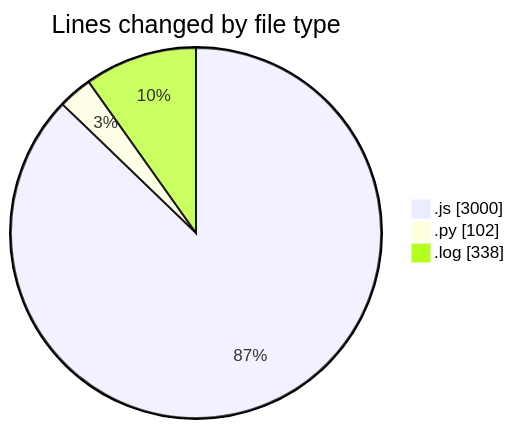
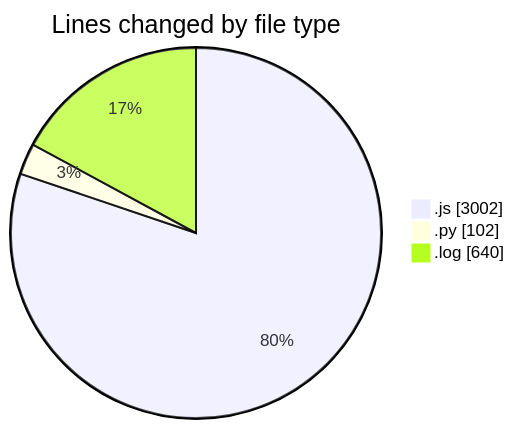
Before and after one commit to nxtqubesakshisongat/code-tracking: the first of 2 diagrams in 2025-04-16/nxtqube_webapp/README.md, drawn with Mermaid. The commit also changed other lines of this file and 1 other file, not shown here.

````diff
--- a/2025-04-16/nxtqube_webapp/README.md
+++ b/2025-04-16/nxtqube_webapp/README.md
@@ -23,7 +24,7 @@
 ```mermaid
 pie showData
 title Lines changed by file type
-".js" : 3000
+".js" : 3002
 ".py" : 102
-".log" : 338
+".log" : 640
 ```
````
